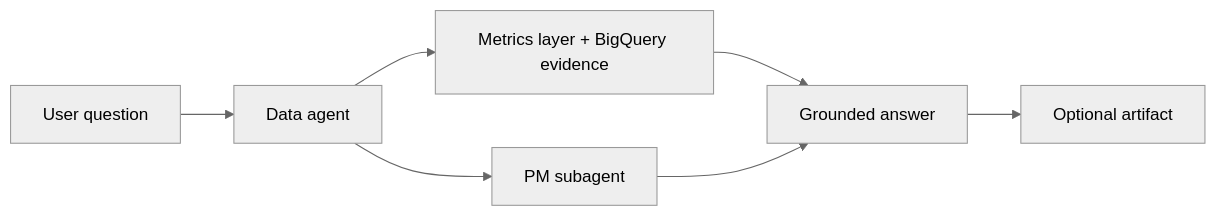
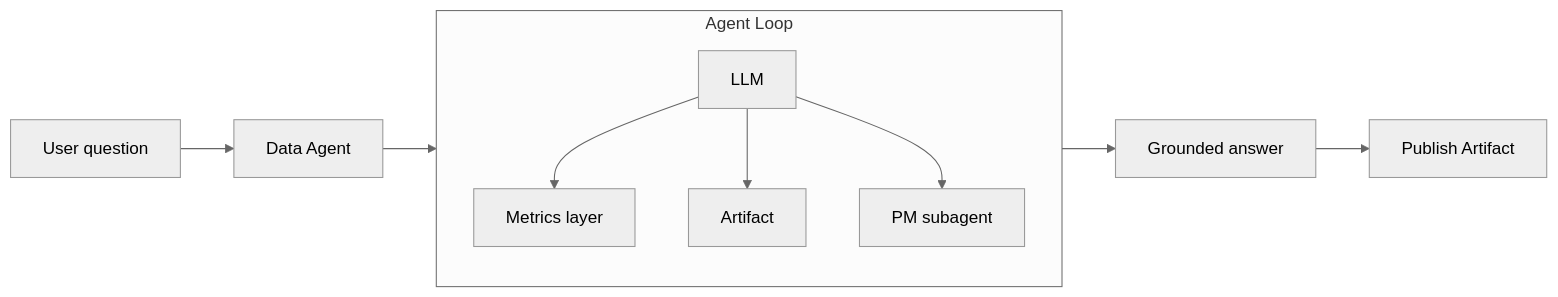
Before and after one commit to imsid/crew: the first of 2 diagrams in docs/product.md, drawn with Mermaid (neutral theme).

Commit message:
Enhance product documentation with agent loop diagram
Added an agent loop diagram to illustrate the process flow.

````diff
--- a/docs/product.md
+++ b/docs/product.md
@@ -57,9 +57,18 @@
 ```mermaid
 flowchart LR
-    U["User question"] --> D["Data agent"]
-    D --> ML["Metrics layer + BigQuery evidence"]
-    D --> P["PM subagent"]
-    ML --> O["Grounded answer"]
-    P --> O
-    O --> A["Optional artifact"]
+    U["User question"] --> D["Data Agent"]
+    D --> AL
+
+    subgraph AL["Agent Loop"]
+        MD["LLM"]
+        ML["Metrics layer"]
+        EA["Artifact"]
+        P["PM subagent"]
+        MD --> ML
+        MD --> EA
+        MD --> P
+    end
+
+    AL --> O["Grounded answer"]
+    O --> A["Publish Artifact"]
 ```
````
